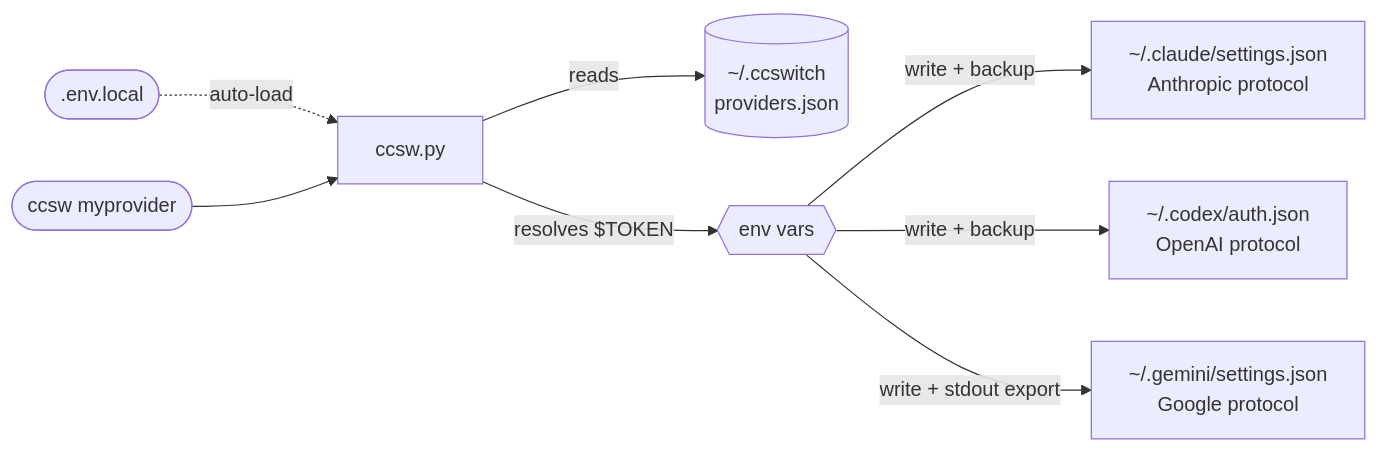
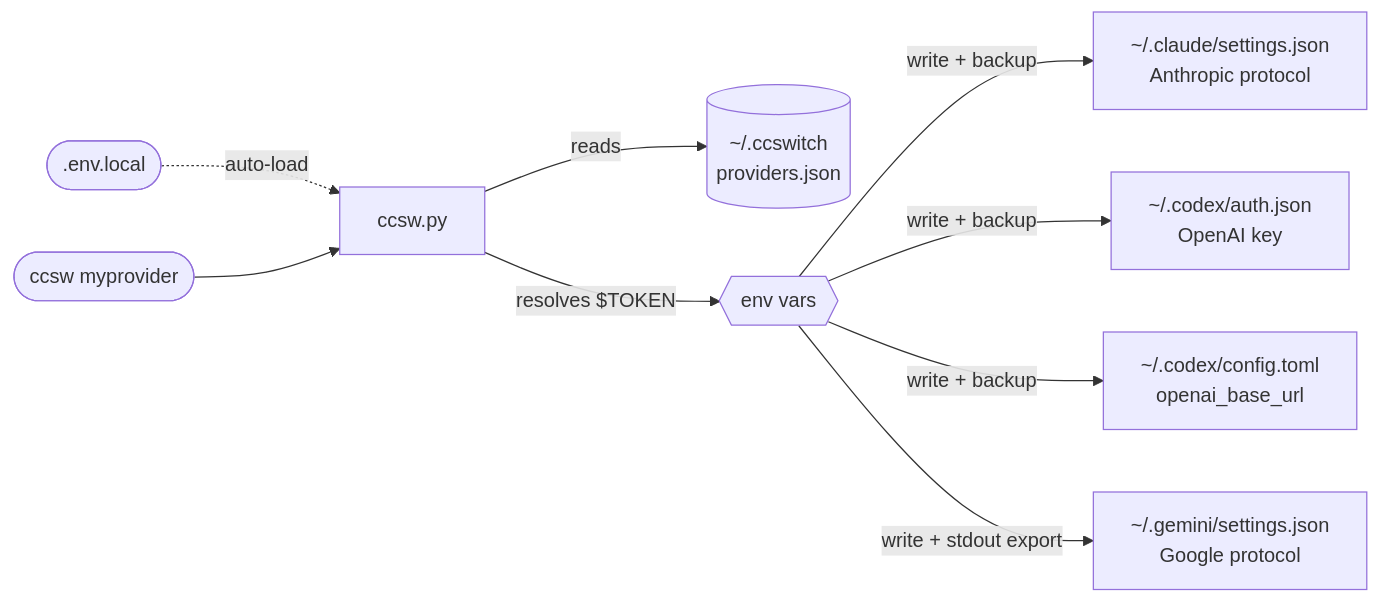
Before and after one commit to Boulea7/ccswitch-terminal: the diagram in README_EN.md, drawn with Mermaid. The commit also changed other lines of this file and 4 other files, not shown here.

Commit message:
fix: align codex provider switching with config.toml

````diff
--- a/README_EN.md
+++ b/README_EN.md
@@ -277,10 +278,11 @@
 ```mermaid
 flowchart LR
     L([".env.local"]) -. "auto-load" .-> P
     U(["ccsw myprovider"]) --> P["ccsw.py"]
     P -- "reads" --> DB[("~/.ccswitch\nproviders.json")]
     P -- "resolves $TOKEN" --> E{{"env vars"}}
     E -- "write + backup" --> C["~/.claude/settings.json\nAnthropic protocol"]
-    E -- "write + backup" --> X["~/.codex/auth.json\nOpenAI protocol"]
+    E -- "write + backup" --> X["~/.codex/auth.json\nOpenAI key"]
+    E -- "write + backup" --> T["~/.codex/config.toml\nopenai_base_url"]
     E -- "write + stdout export" --> G["~/.gemini/settings.json\nGoogle protocol"]
 ```
````
